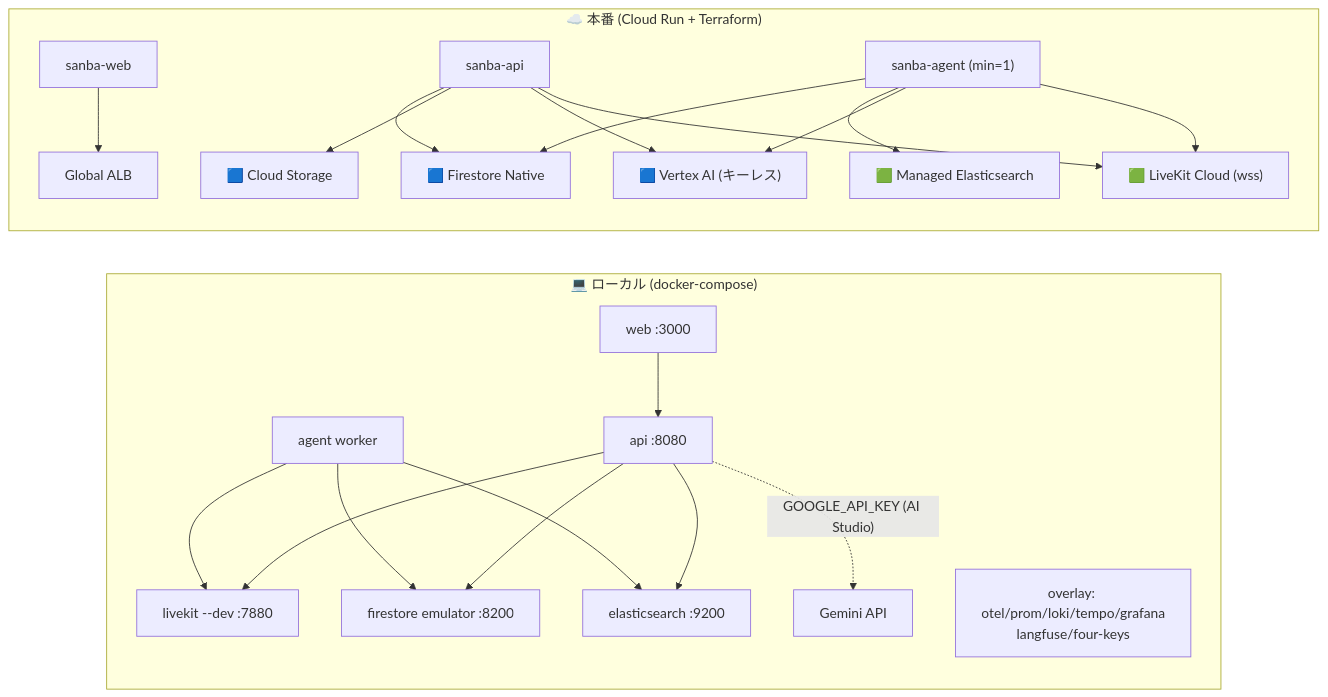
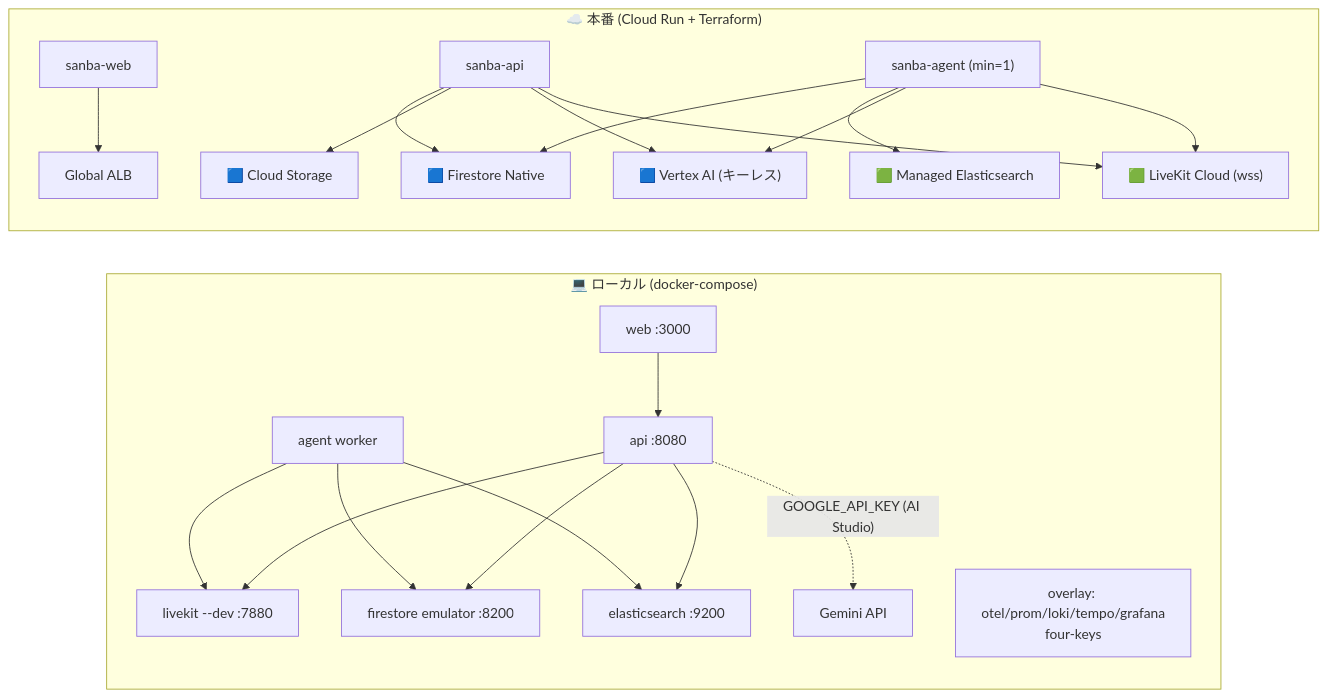
One commit to godhuu0505/sanba changed diagram 13 of 13 in docs/reference/architecture-analysis.md. Above: the diagram before and after it, drawn with Mermaid. The commit also changed other lines of this file and 15 other files, not shown here.

````diff
--- a/docs/reference/architecture-analysis.md
+++ b/docs/reference/architecture-analysis.md
@@ -546,33 +544,33 @@
 ```mermaid
 flowchart LR
   subgraph dev["💻 ローカル (docker-compose)"]
     DW["web :3000"] --> DA["api :8080"]
     DA --> DLK["livekit --dev :7880"]
     DAG["agent worker"] --> DLK
     DA --> DFS["firestore emulator :8200"]
     DAG --> DFS
     DA --> DES["elasticsearch :9200"]
     DAG --> DES
     DA -. "GOOGLE_API_KEY (AI Studio)" .-> GEML["Gemini API"]
-    DTOOLS["overlay: otel/prom/loki/tempo/grafana<br/>langfuse/four-keys"]
+    DTOOLS["overlay: otel/prom/loki/tempo/grafana<br/>four-keys"]
   end
 
   subgraph prod["☁️ 本番 (Cloud Run + Terraform)"]
     PW["sanba-web"] --> PLB["Global ALB"]
     PA["sanba-api"]
     PAG["sanba-agent (min=1)"]
     PLK["🟩 LiveKit Cloud (wss)"]
     PFS["🟦 Firestore Native"]
     PGCS["🟦 Cloud Storage"]
     PES["🟩 Managed Elasticsearch"]
     PVTX["🟦 Vertex AI (キーレス)"]
     PA --> PFS
     PAG --> PFS
     PA --> PGCS
     PAG --> PES
     PA --> PVTX
     PAG --> PVTX
     PAG --> PLK
     PA --> PLK
   end
 ```
````
